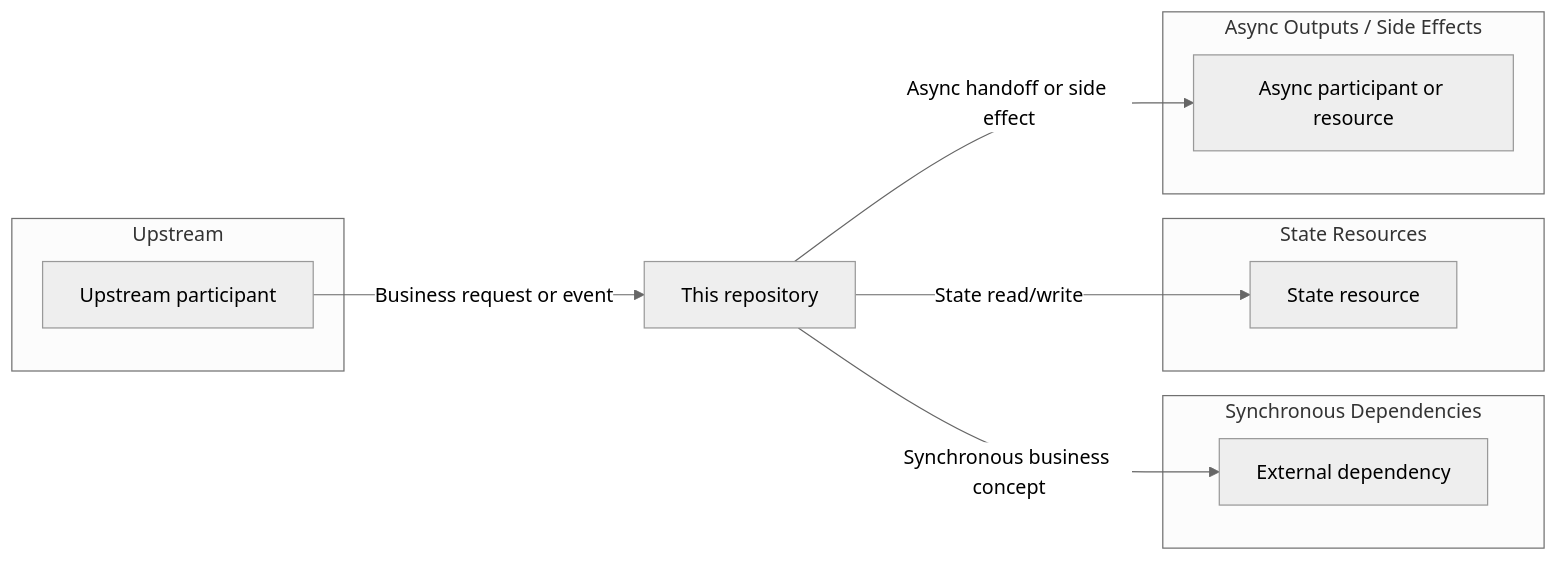
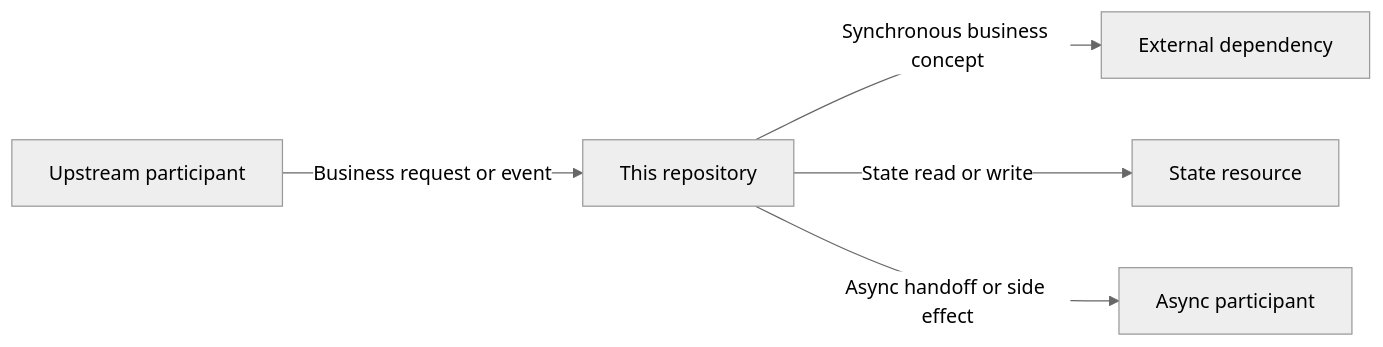
The second of 2 diagrams in eapi-behavior-reconstruction/assets/repository-overview-template.md (Buddy119/my-skills), drawn with Mermaid (neutral theme) before and after one commit. The commit also changed other lines of this file and 32 other files, not shown here.

Commit message:
optimize syntesis flow part7 for eapi skill

````diff
--- a/eapi-behavior-reconstruction/assets/repository-overview-template.md
+++ b/eapi-behavior-reconstruction/assets/repository-overview-template.md
@@ -71,20 +72,7 @@
 ```mermaid
 flowchart LR
-    subgraph Upstream
-        U["Upstream participant"]
-    end
-    R["This repository"]
-    subgraph Synchronous_Dependencies["Synchronous Dependencies"]
-        D["External dependency"]
-    end
-    subgraph State_Resources["State Resources"]
-        S["State resource"]
-    end
-    subgraph Async_Outputs["Async Outputs / Side Effects"]
-        A["Async participant or resource"]
-    end
-    U -->|"Business request or event"| R
-    R -->|"Synchronous business concept"| D
-    R -->|"State read/write"| S
-    R -->|"Async handoff or side effect"| A
+    U[Upstream participant] -->|Business request or event| R[This repository]
+    R -->|Synchronous business concept| D[External dependency]
+    R -->|State read or write| S[State resource]
+    R -->|Async handoff or side effect| A[Async participant]
 ```
````
